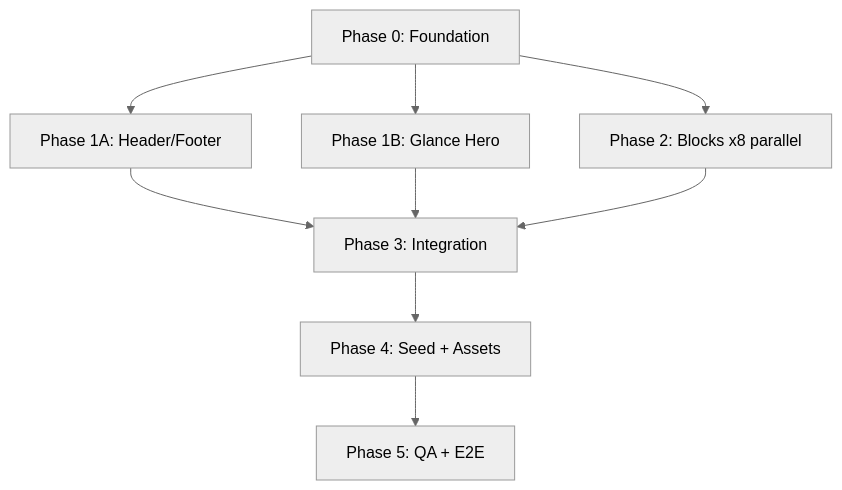
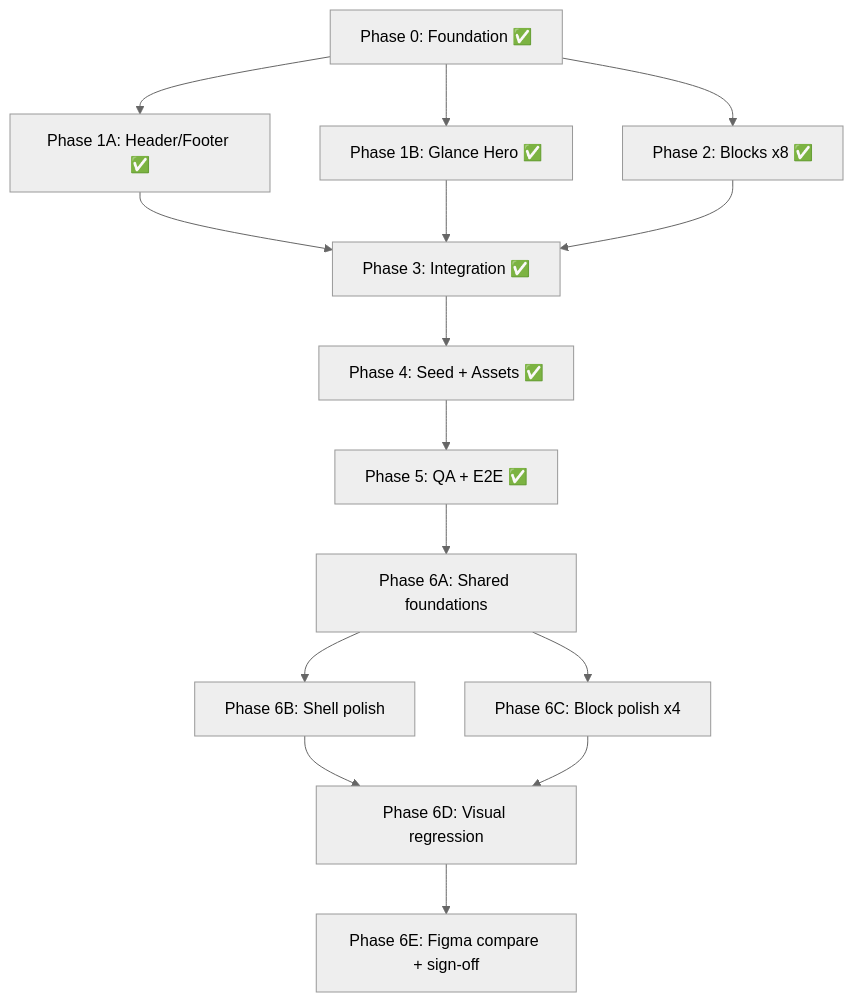
One commit to jamc96/payload-boilerplate changed the first of 2 diagrams in docs/GLANCE_HOME_PAGE_PLAN.md. Above: the diagram before and after it, drawn with Mermaid (neutral theme). The commit also changed other lines of this file and 80 other files, not shown here.

First line of the commit message:
feat(glance): Phase 6 visual polish, regression tests, and shareable Figma skill

````diff
--- a/docs/GLANCE_HOME_PAGE_PLAN.md
+++ b/docs/GLANCE_HOME_PAGE_PLAN.md
@@ -503,11 +513,17 @@
 ```mermaid
 flowchart TD
-  P0[Phase 0: Foundation] --> P1A[Phase 1A: Header/Footer]
-  P0 --> P1B[Phase 1B: Glance Hero]
-  P0 --> P2[Phase 2: Blocks x8 parallel]
-  P1A --> P3[Phase 3: Integration]
+  P0[Phase 0: Foundation ✅] --> P1A[Phase 1A: Header/Footer ✅]
+  P0 --> P1B[Phase 1B: Glance Hero ✅]
+  P0 --> P2[Phase 2: Blocks x8 ✅]
+  P1A --> P3[Phase 3: Integration ✅]
   P1B --> P3
   P2 --> P3
-  P3 --> P4[Phase 4: Seed + Assets]
-  P4 --> P5[Phase 5: QA + E2E]
+  P3 --> P4[Phase 4: Seed + Assets ✅]
+  P4 --> P5[Phase 5: QA + E2E ✅]
+  P5 --> P6A[Phase 6A: Shared foundations]
+  P6A --> P6B[Phase 6B: Shell polish]
+  P6A --> P6C[Phase 6C: Block polish x4]
+  P6B --> P6D[Phase 6D: Visual regression]
+  P6C --> P6D
+  P6D --> P6E[Phase 6E: Figma compare + sign-off]
 ```
````
